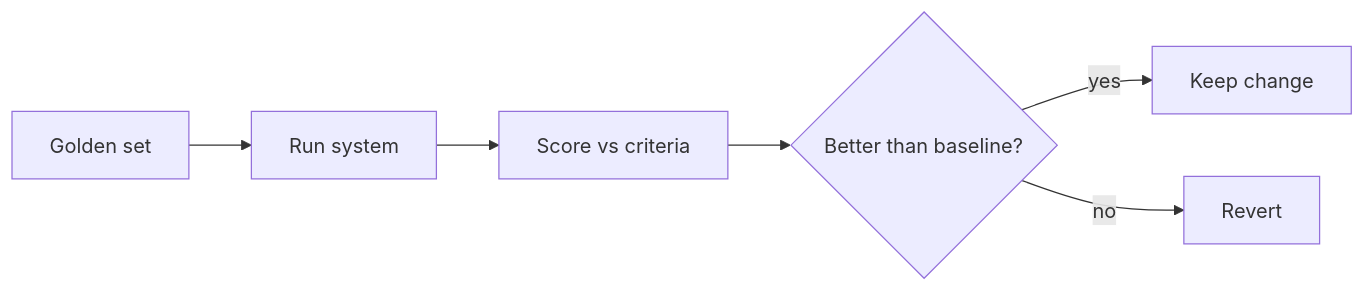
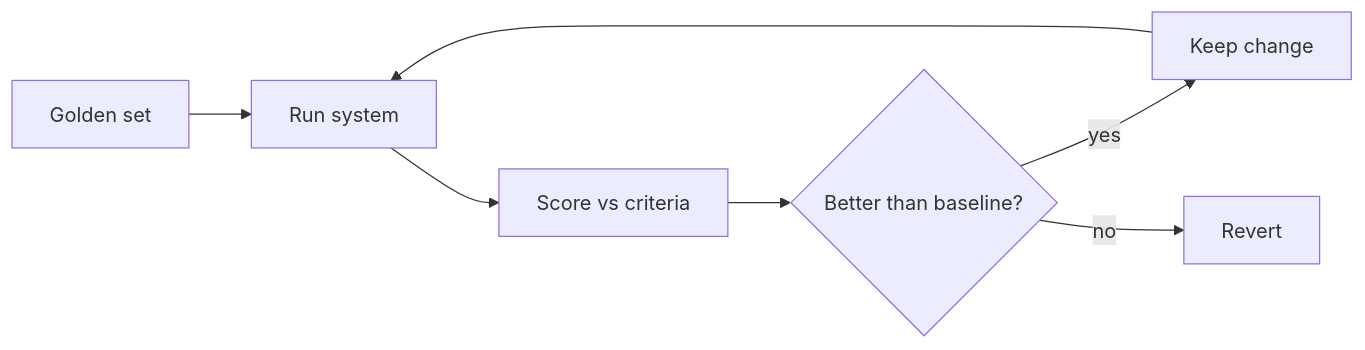
The diagram in i18n/ko/docusaurus-plugin-content-docs/current/foundations/evals.mdx (derob98/ailmanac), drawn with Mermaid before and after one commit. The commit also changed other lines of this file and 11 other files, not shown here.

````diff
--- a/i18n/ko/docusaurus-plugin-content-docs/current/foundations/evals.mdx
+++ b/i18n/ko/docusaurus-plugin-content-docs/current/foundations/evals.mdx
@@ -20,8 +29,9 @@
 ```mermaid
 flowchart LR
   G[Golden set] --> R[Run system]
   R --> S[Score vs criteria]
   S --> C{Better than baseline?}
   C -->|yes| K[Keep change]
   C -->|no| X[Revert]
+  K --> R
 ```
````
